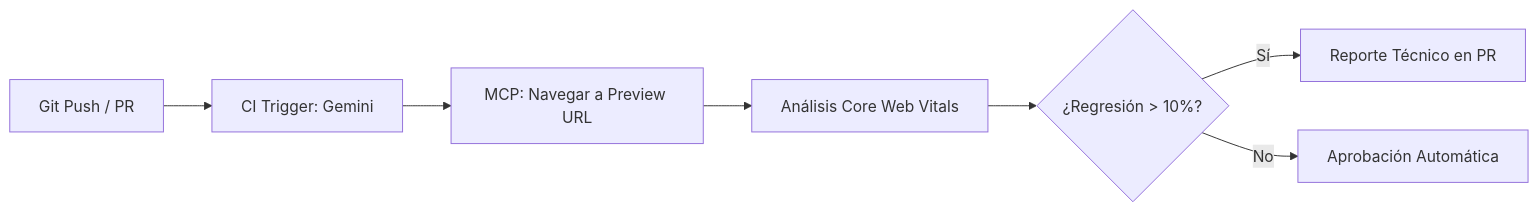
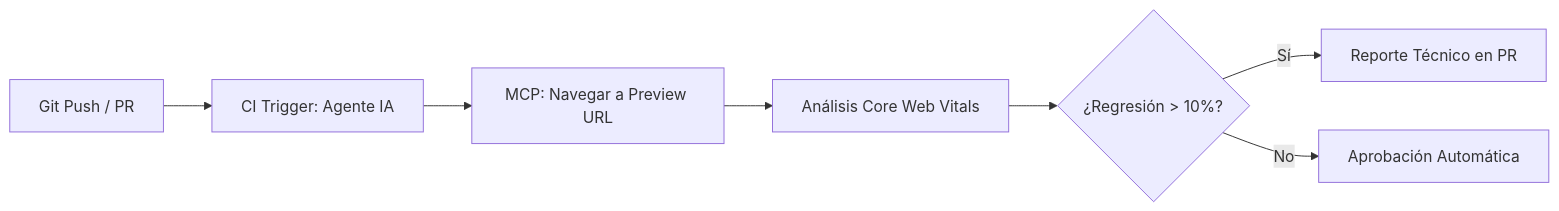
Before and after one commit to nucliweb/webperf-debugging-devtools-mcp: the first of 2 diagrams in docs/workflows.es.md, drawn with Mermaid. The commit also changed other lines of this file and 38 other files, not shown here.

````diff
--- a/docs/workflows.es.md
+++ b/docs/workflows.es.md
@@ -9,9 +9,9 @@
 ```mermaid
 graph LR
-    A[Git Push / PR] --> B[CI Trigger: Gemini]
+    A[Git Push / PR] --> B[CI Trigger: Agente IA]
     B --> C[MCP: Navegar a Preview URL]
     C --> D[Análisis Core Web Vitals]
     D --> E{¿Regresión > 10%?}
     E -- Sí --> F[Reporte Técnico en PR]
     E -- No --> G[Aprobación Automática]
 ```
````
